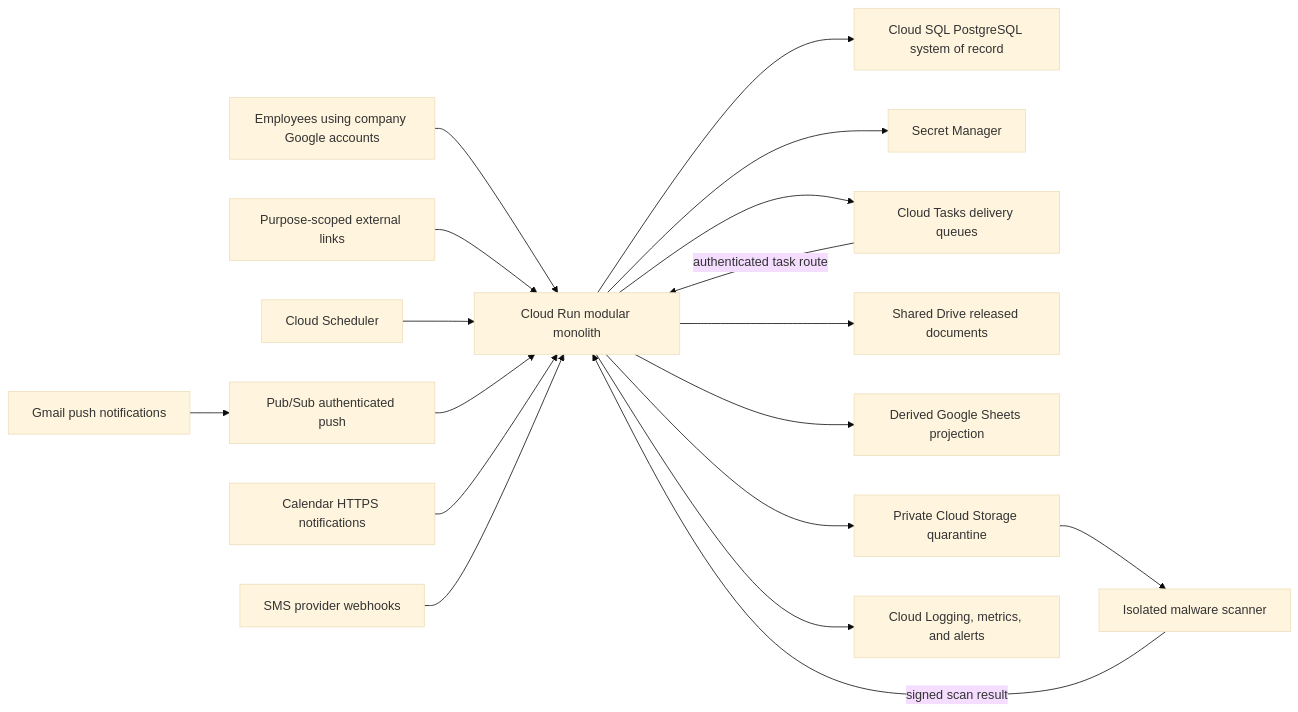
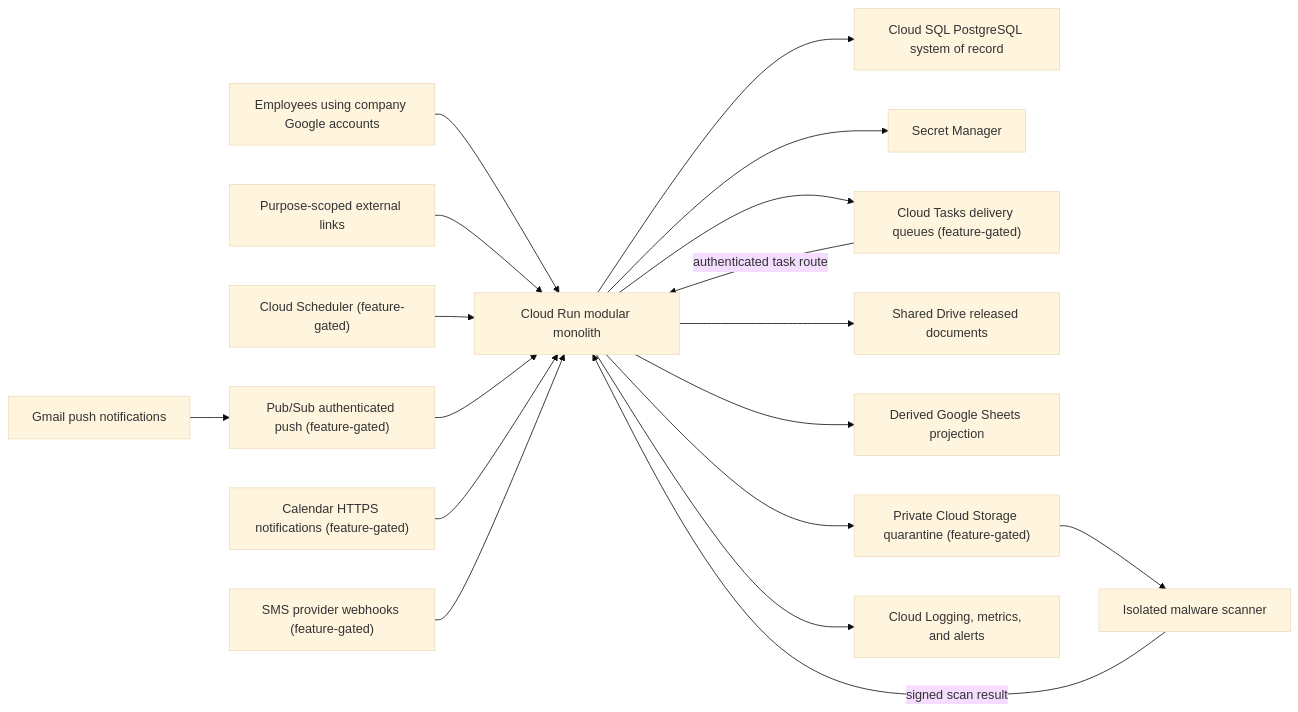
The diagram in docs/complete-product-and-google-cloud-architecture-audit.md (OneStreamerNE98/FCI-Brett), drawn with Mermaid (base theme) before and after one commit. The commit also changed other lines of this file and 17 other files, not shown here.

````diff
--- a/docs/complete-product-and-google-cloud-architecture-audit.md
+++ b/docs/complete-product-and-google-cloud-architecture-audit.md
@@ -49,19 +51,19 @@
 ```mermaid
 flowchart LR
     Staff["Employees using company Google accounts"] --> App["Cloud Run modular monolith"]
     Links["Purpose-scoped external links"] --> App
     App --> SQL["Cloud SQL PostgreSQL system of record"]
     App --> Secrets["Secret Manager"]
-    App --> Tasks["Cloud Tasks delivery queues"]
+    App --> Tasks["Cloud Tasks delivery queues (feature-gated)"]
     Tasks -->|"authenticated task route"| App
-    Scheduler["Cloud Scheduler"] --> App
-    Gmail["Gmail push notifications"] --> PubSub["Pub/Sub authenticated push"] --> App
-    Calendar["Calendar HTTPS notifications"] --> App
-    Twilio["SMS provider webhooks"] --> App
+    Scheduler["Cloud Scheduler (feature-gated)"] --> App
+    Gmail["Gmail push notifications"] --> PubSub["Pub/Sub authenticated push (feature-gated)"] --> App
+    Calendar["Calendar HTTPS notifications (feature-gated)"] --> App
+    Twilio["SMS provider webhooks (feature-gated)"] --> App
     App --> Drive["Shared Drive released documents"]
     App --> Sheets["Derived Google Sheets projection"]
-    App --> Quarantine["Private Cloud Storage quarantine"]
+    App --> Quarantine["Private Cloud Storage quarantine (feature-gated)"]
     Quarantine --> Scanner["Isolated malware scanner"]
     Scanner -->|"signed scan result"| App
     App --> Logging["Cloud Logging, metrics, and alerts"]
 ```
````
